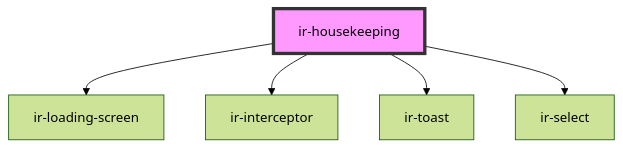
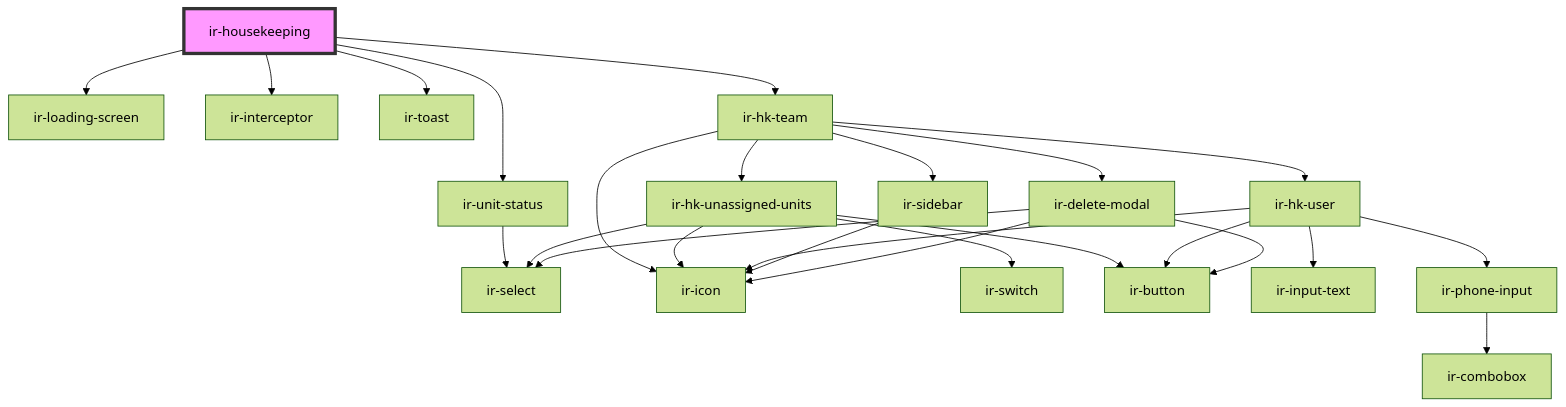
Before and after one commit to David1Chowaifaty/modified-ir-webcmp: the diagram in src/components/ir-housekeeping/readme.md, drawn with Mermaid (forest theme). The commit also changed other lines of this file and 19 other files, not shown here.

````diff
--- a/src/components/ir-housekeeping/readme.md
+++ b/src/components/ir-housekeeping/readme.md
@@ -28,8 +29,28 @@
 ```mermaid
 graph TD;
   ir-housekeeping --> ir-loading-screen
   ir-housekeeping --> ir-interceptor
   ir-housekeeping --> ir-toast
-  ir-housekeeping --> ir-select
+  ir-housekeeping --> ir-unit-status
+  ir-housekeeping --> ir-hk-team
+  ir-unit-status --> ir-select
+  ir-hk-team --> ir-hk-unassigned-units
+  ir-hk-team --> ir-hk-user
+  ir-hk-team --> ir-icon
+  ir-hk-team --> ir-sidebar
+  ir-hk-team --> ir-delete-modal
+  ir-hk-unassigned-units --> ir-select
+  ir-hk-unassigned-units --> ir-switch
+  ir-hk-unassigned-units --> ir-icon
+  ir-hk-unassigned-units --> ir-button
+  ir-hk-user --> ir-icon
+  ir-hk-user --> ir-input-text
+  ir-hk-user --> ir-phone-input
+  ir-hk-user --> ir-button
+  ir-phone-input --> ir-combobox
+  ir-sidebar --> ir-icon
+  ir-delete-modal --> ir-icon
+  ir-delete-modal --> ir-select
+  ir-delete-modal --> ir-button
   style ir-housekeeping fill:#f9f,stroke:#333,stroke-width:4px
 ```
````
